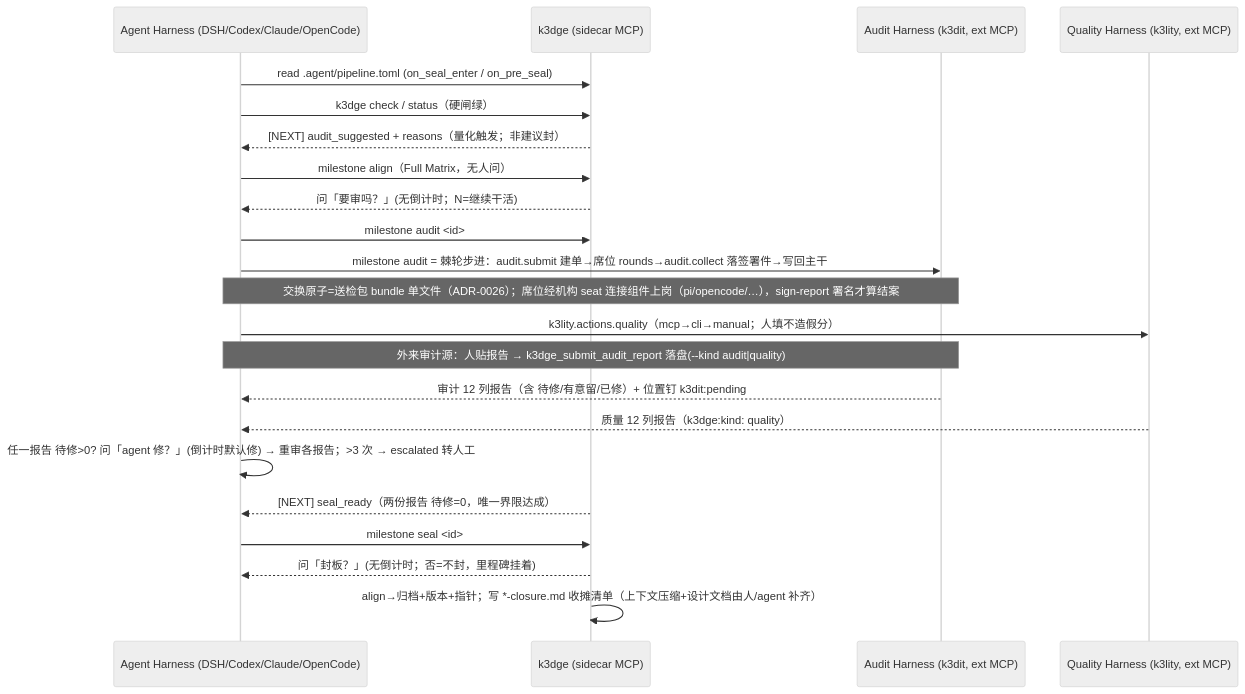
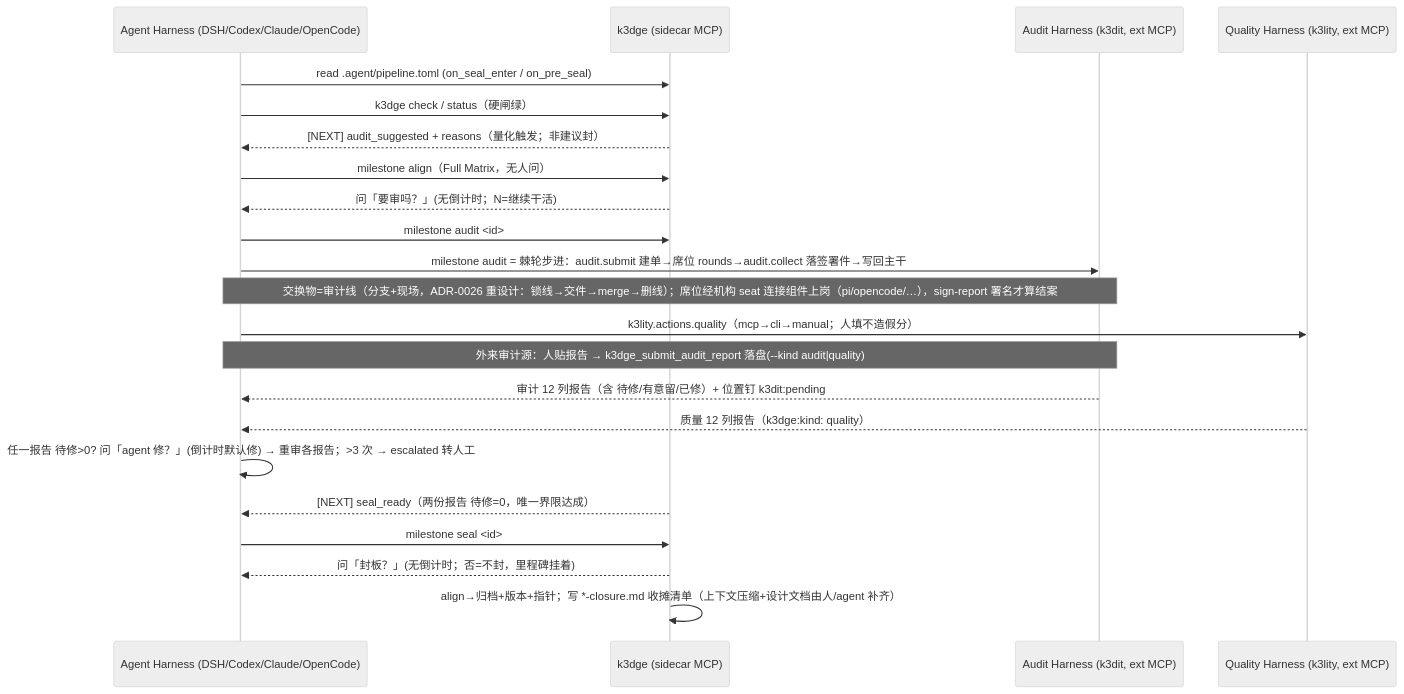
Before and after one commit to jamieplus/k3dge: the sixth of 6 diagrams in docs/architecture/overview.md, drawn with Mermaid (neutral theme).

Commit message:
docs(architecture): overview mermaid follows audit-line exchange
Single-line alignment: 交换原子=送检包 bundle 单文件 -> 交换物=审计线（锁线→交件→merge→删线）. Rest of overview.md untouched (others' work).

k3dge-commit: Jamie Cheng @ 2026-09-08T21:49:32Z #wisp

````diff
--- a/docs/architecture/overview.md
+++ b/docs/architecture/overview.md
@@ -114,24 +114,24 @@
 ```mermaid
 sequenceDiagram
     participant Agent as Agent Harness (DSH/Codex/Claude/OpenCode)
     participant K3 as k3dge (sidecar MCP)
     participant Audit as Audit Harness (k3dit, ext MCP)
     participant Quality as Quality Harness (k3lity, ext MCP)
     Agent->>K3: read .agent/pipeline.toml (on_seal_enter / on_pre_seal)
     Agent->>K3: k3dge check / status（硬闸绿）
     K3-->>Agent: [NEXT] audit_suggested + reasons（量化触发；非建议封）
     Agent->>K3: milestone align（Full Matrix，无人问）
     K3-->>Agent: 问「要审吗？」(无倒计时；N=继续干活)
     Agent->>K3: milestone audit <id>
     Agent->>Audit: milestone audit = 棘轮步进：audit.submit 建单→席位 rounds→audit.collect 落签署件→写回主干
-    Note over Agent,Audit: 交换原子=送检包 bundle 单文件（ADR-0026）；席位经机构 seat 连接组件上岗（pi/opencode/…），sign-report 署名才算结案
+    Note over Agent,Audit: 交换物=审计线（分支+现场，ADR-0026 重设计：锁线→交件→merge→删线）；席位经机构 seat 连接组件上岗（pi/opencode/…），sign-report 署名才算结案
     Agent->>Quality: k3lity.actions.quality（mcp→cli→manual；人填不造假分）
     Note over Agent,Audit: 外来审计源：人贴报告 → k3dge_submit_audit_report 落盘(--kind audit|quality)
     Audit-->>Agent: 审计 12 列报告（含 待修/有意留/已修）+ 位置钉 k3dit:pending
     Quality-->>Agent: 质量 12 列报告（k3dge:kind: quality）
     Agent->>Agent: 任一报告 待修>0? 问「agent 修？」(倒计时默认修) → 重审各报告；>3 次 → escalated 转人工
     K3-->>Agent: [NEXT] seal_ready（两份报告 待修=0，唯一界限达成）
     Agent->>K3: milestone seal <id>
     K3-->>Agent: 问「封板？」(无倒计时；否=不封，里程碑挂着)
     K3->>K3: align→归档+版本+指针；写 *-closure.md 收摊清单（上下文压缩+设计文档由人/agent 补齐）
 ```
````
